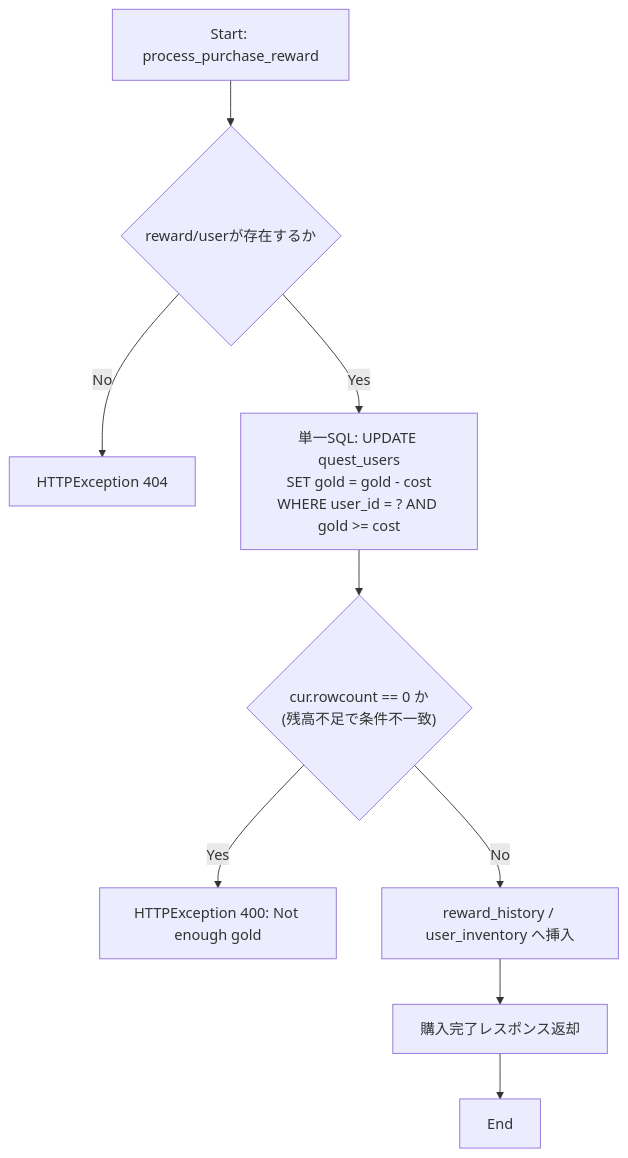
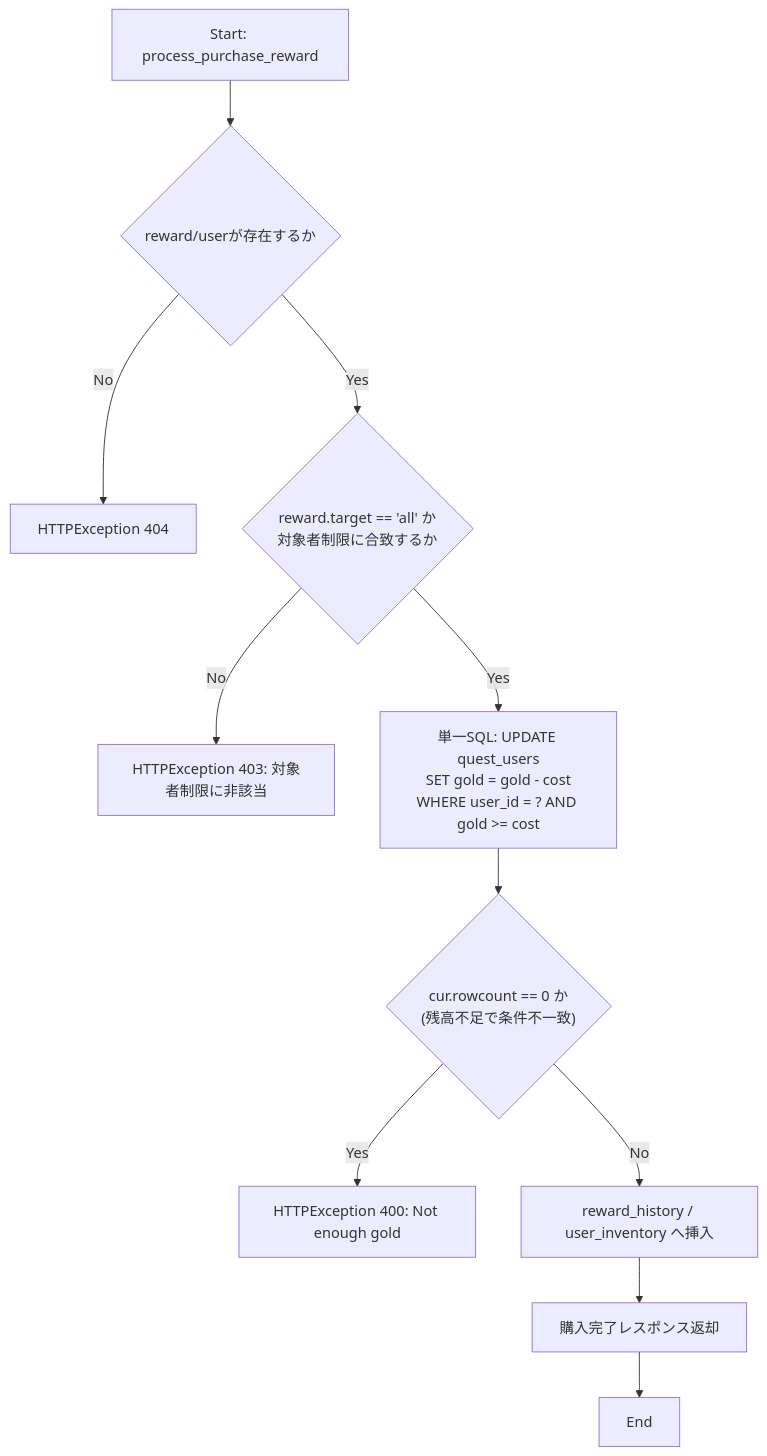
One commit to mmtigers/my_python_project changed the second of 5 diagrams in docs/specifications/MY_HOME_SYSTEM/quest_service.md. Above: the diagram before and after it, drawn with Mermaid. The commit also changed other lines of this file and 2 other files, not shown here.

First line of the commit message:
fix(quest): 報酬マスタのtarget(対象者制限)がDBへ同期されない不具合を修正 (#95)

````diff
--- a/docs/specifications/MY_HOME_SYSTEM/quest_service.md
+++ b/docs/specifications/MY_HOME_SYSTEM/quest_service.md
@@ -547,12 +549,14 @@
 ```mermaid
 flowchart TD
     PStart[Start: process_purchase_reward] --> PSelect{"reward/userが存在するか"}
     PSelect -- No --> PErr404[HTTPException 404]
-    PSelect -- Yes --> PAtomicUpdate["単一SQL: UPDATE quest_users<br>SET gold = gold - cost<br>WHERE user_id = ? AND gold >= cost"]
+    PSelect -- Yes --> PTargetCheck{"reward.target == 'all' か<br>対象者制限に合致するか"}
+    PTargetCheck -- No --> PErr403[HTTPException 403: 対象者制限に非該当]
+    PTargetCheck -- Yes --> PAtomicUpdate["単一SQL: UPDATE quest_users<br>SET gold = gold - cost<br>WHERE user_id = ? AND gold >= cost"]
     PAtomicUpdate --> PRowCheck{"cur.rowcount == 0 か<br>(残高不足で条件不一致)"}
     PRowCheck -- Yes --> PErr400[HTTPException 400: Not enough gold]
     PRowCheck -- No --> PInsertHistory["reward_history / user_inventory へ挿入"]
     PInsertHistory --> PReturn["購入完了レスポンス返却"]
     PReturn --> PEnd[End]
 
 ```
````
